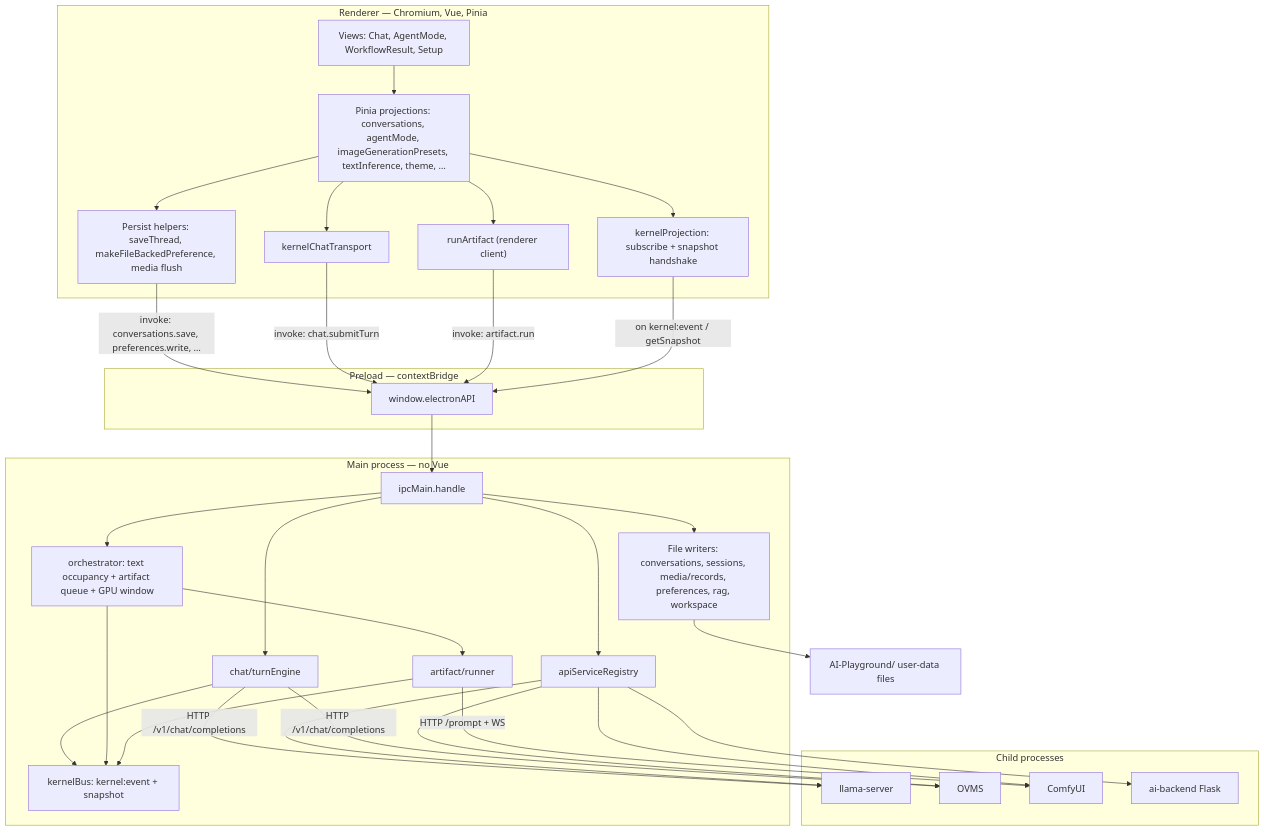
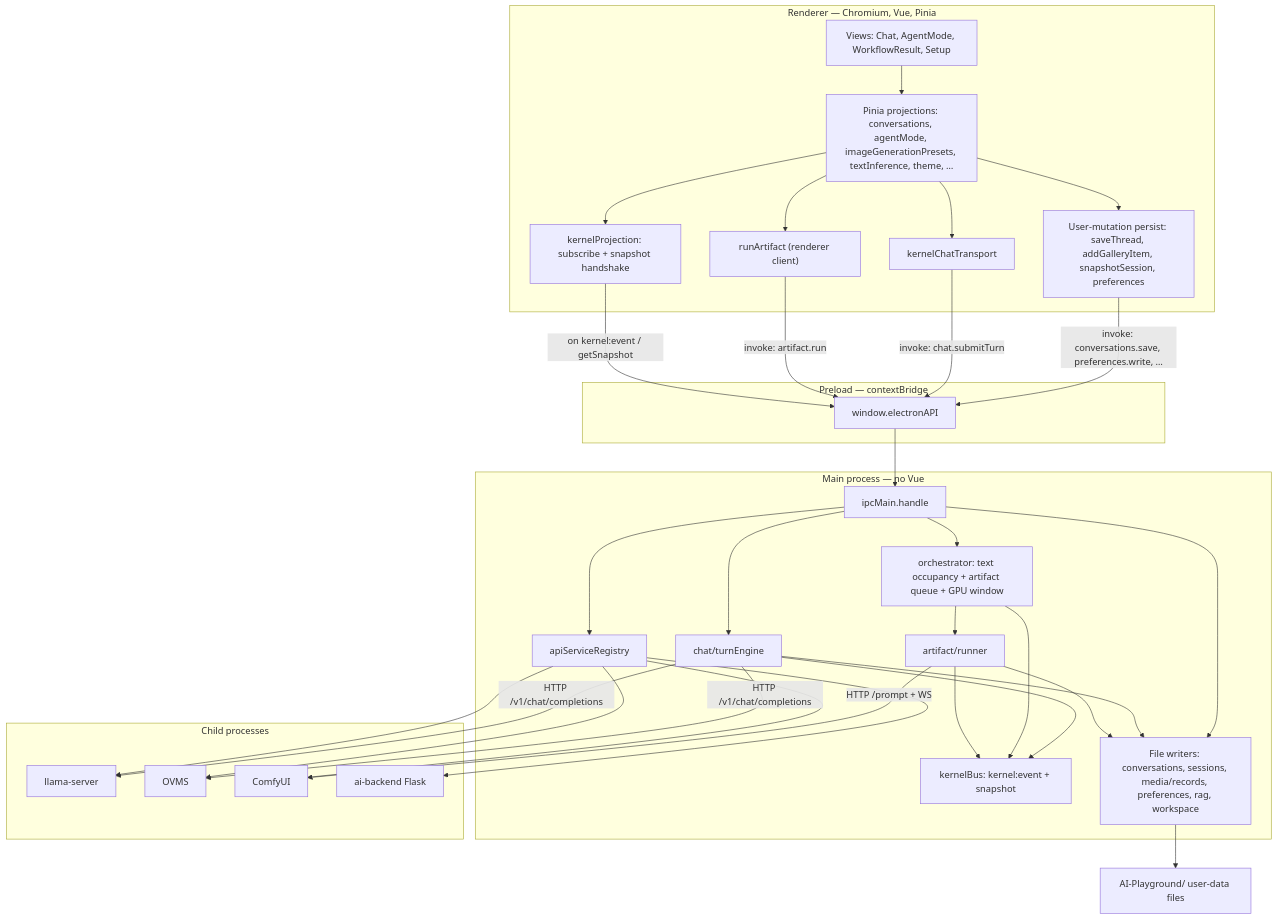
One commit to TNG/AI-Playground changed the first of 7 diagrams in docs/architecture-as-landed.md. Above: the diagram before and after it, drawn with Mermaid. The commit also changed other lines of this file and 17 other files, not shown here.

First line of the commit message:
feat: persist chat, media, and agent transcripts on turn lifecycle

````diff
--- a/docs/architecture-as-landed.md
+++ b/docs/architecture-as-landed.md
@@ -22,59 +24,61 @@
 ```mermaid
 flowchart TB
   subgraph renderer["Renderer — Chromium, Vue, Pinia"]
     views["Views: Chat, AgentMode, WorkflowResult, Setup"]
     pinia["Pinia projections: conversations, agentMode, imageGenerationPresets, textInference, theme, …"]
-    persistH["Persist helpers: saveThread, makeFileBackedPreference, media flush"]
+    persistH["User-mutation persist: saveThread, addGalleryItem, snapshotSession, preferences"]
     transport["kernelChatTransport"]
     runArt["runArtifact (renderer client)"]
     bridge["kernelProjection: subscribe + snapshot handshake"]
     views --> pinia
     pinia --> persistH
     pinia --> transport
     pinia --> runArt
     pinia --> bridge
   end
 
   subgraph preload["Preload — contextBridge"]
     api["window.electronAPI"]
   end
 
   subgraph kernel["Main process — no Vue"]
     ipc["ipcMain.handle"]
     bus["kernelBus: kernel:event + snapshot"]
     chat["chat/turnEngine"]
     orch["orchestrator: text occupancy + artifact queue + GPU window"]
     art["artifact/runner"]
     files["File writers: conversations, sessions, media/records, preferences, rag, workspace"]
     registry["apiServiceRegistry"]
     ipc --> chat
     ipc --> orch
     ipc --> files
     ipc --> registry
     chat --> bus
+    chat --> files
     orch --> art
     orch --> bus
     art --> bus
+    art --> files
   end
 
   subgraph backends["Child processes"]
     llama["llama-server"]
     ovms["OVMS"]
     comfy["ComfyUI"]
     flask["ai-backend Flask"]
   end
 
   persistH -->|"invoke: conversations.save, preferences.write, …"| api
   transport -->|"invoke: chat.submitTurn"| api
   runArt -->|"invoke: artifact.run"| api
   bridge -->|"on kernel:event / getSnapshot"| api
   api --> ipc
   chat -->|"HTTP /v1/chat/completions"| llama
   chat -->|"HTTP /v1/chat/completions"| ovms
   art -->|"HTTP /prompt + WS"| comfy
   registry --> llama
   registry --> ovms
   registry --> comfy
   registry --> flask
   files --> disk["AI-Playground/ user-data files"]
 ```
````
